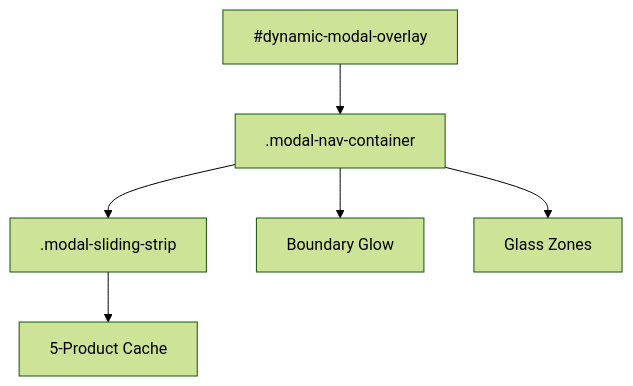
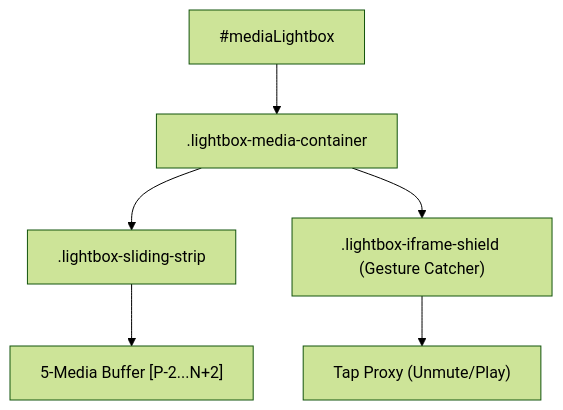
One commit to JOLT-dailyAi/VibeDrips changed the diagram in CONSTRAINTS.md. Above: the diagram before and after it, drawn with Mermaid (forest theme). The commit also changed other lines of this file and 2 other files, not shown here.

````diff
--- a/CONSTRAINTS.md
+++ b/CONSTRAINTS.md
@@ -56,8 +80,8 @@
 ```mermaid
 graph TD
-    Overlay["#dynamic-modal-overlay"] --> NavContainer[".modal-nav-container"]
-    NavContainer --> SlidingStrip[".modal-sliding-strip"]
-    NavContainer --> Glow["Boundary Glow"]
-    NavContainer --> Zones["Glass Zones"]
-    SlidingStrip --> Window["5-Product Cache"]
+    Overlay["#mediaLightbox"] --> MediaContainer[".lightbox-media-container"]
+    MediaContainer --> SlidingStrip[".lightbox-sliding-strip"]
+    SlidingStrip --> Wrapper["5-Media Buffer [P-2...N+2]"]
+    MediaContainer --> Shield[".lightbox-iframe-shield (Gesture Catcher)"]
+    Shield --> TapProxy["Tap Proxy (Unmute/Play)"]
 ```
````
